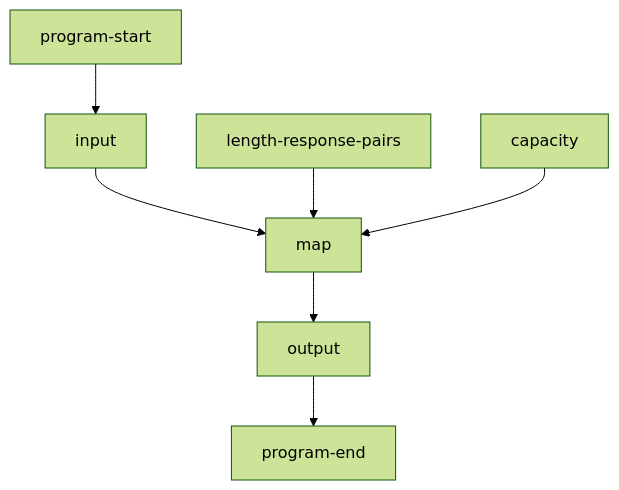
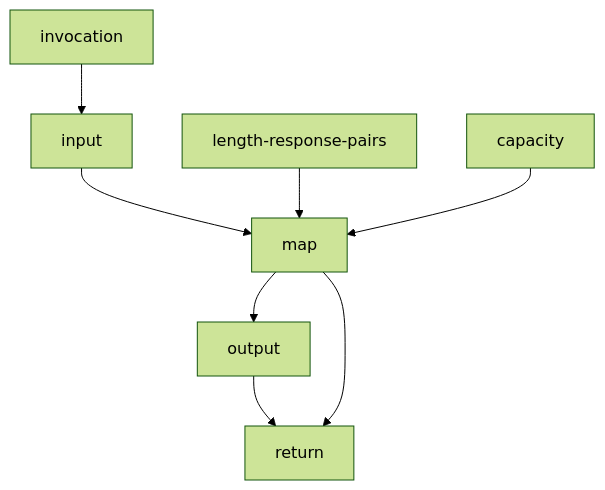
One commit to OdedYanovich/Tinkering changed the diagram in obsidian docs/redesign - The game's requirements/input-sequence/sequence-storage/standard.md. Above: the diagram before and after it, drawn with Mermaid (forest theme). The commit also changed other lines of this file and 4 other files, not shown here.

````diff
--- a/obsidian docs/redesign - The game's requirements/input-sequence/sequence-storage/standard.md
+++ b/obsidian docs/redesign - The game's requirements/input-sequence/sequence-storage/standard.md
@@ -3,6 +3,6 @@
 ```mermaid
 flowchart TD
-program-start --> input --> map --> output --> program-end 
-length-response-pairs --> map
+invocation --> input --> map --> output --> return
+length-response-pairs --> map --> return
 capacity --> map
 ```
````
